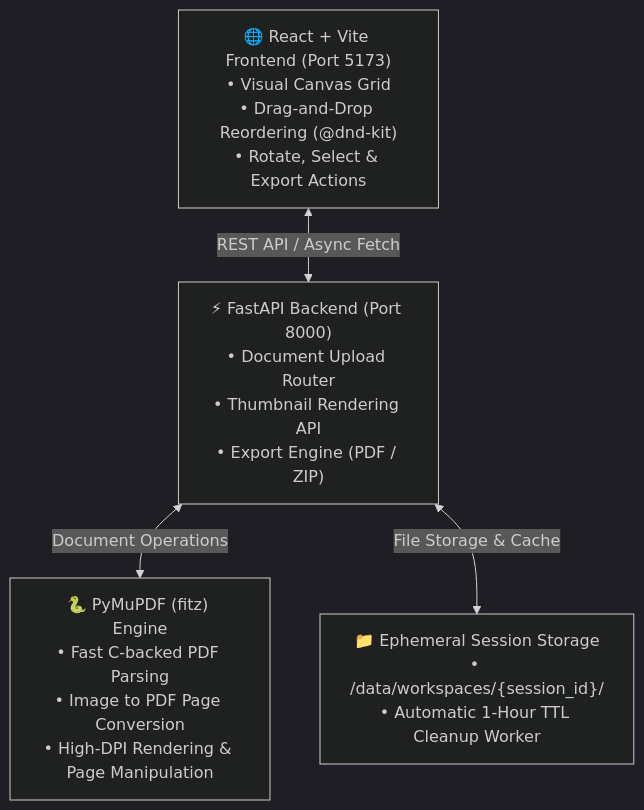
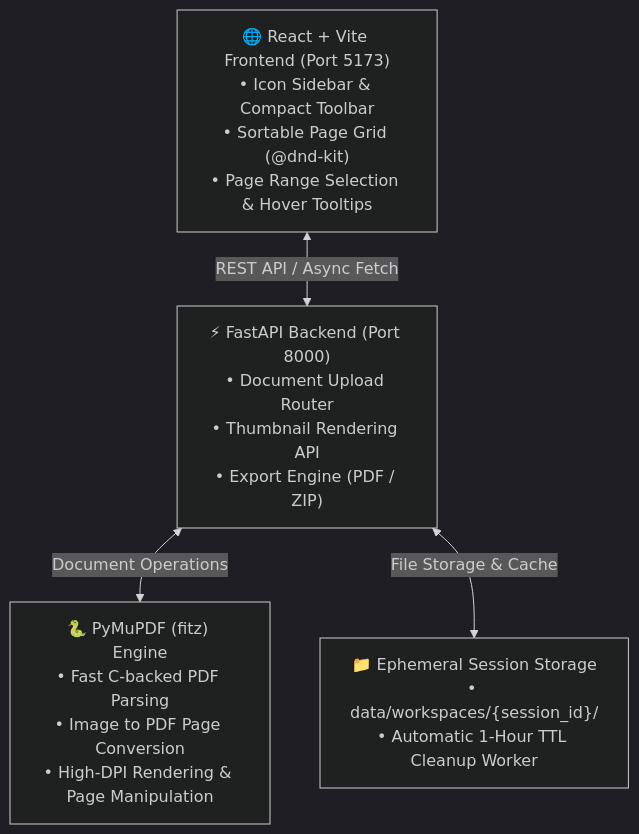
One commit to rowing195/walmart-ver.-of-iLovePDF changed the diagram in README.md. Above: the diagram before and after it, drawn with Mermaid (dark theme). The commit also changed other lines of this file, not shown here.

````diff
--- a/README.md
+++ b/README.md
@@ -53,14 +74,14 @@
 ```mermaid
 graph TD
-    Client["🌐 React + Vite Frontend (Port 5173)<br/>• Visual Canvas Grid<br/>• Drag-and-Drop Reordering (@dnd-kit)<br/>• Rotate, Select & Export Actions"]
-    
+    Client["🌐 React + Vite Frontend (Port 5173)<br/>• Icon Sidebar & Compact Toolbar<br/>• Sortable Page Grid (@dnd-kit)<br/>• Page Range Selection & Hover Tooltips"]
+
     API["⚡ FastAPI Backend (Port 8000)<br/>• Document Upload Router<br/>• Thumbnail Rendering API<br/>• Export Engine (PDF / ZIP)"]
-    
+
     Engine["🐍 PyMuPDF (fitz) Engine<br/>• Fast C-backed PDF Parsing<br/>• Image to PDF Page Conversion<br/>• High-DPI Rendering & Page Manipulation"]
-    
-    Storage["📁 Ephemeral Session Storage<br/>• /data/workspaces/{session_id}/<br/>• Automatic 1-Hour TTL Cleanup Worker"]
+
+    Storage["📁 Ephemeral Session Storage<br/>• data/workspaces/{session_id}/<br/>• Automatic 1-Hour TTL Cleanup Worker"]
 
     Client <-->|REST API / Async Fetch| API
     API <-->|Document Operations| Engine
     API <-->|File Storage & Cache| Storage
 ```
````
